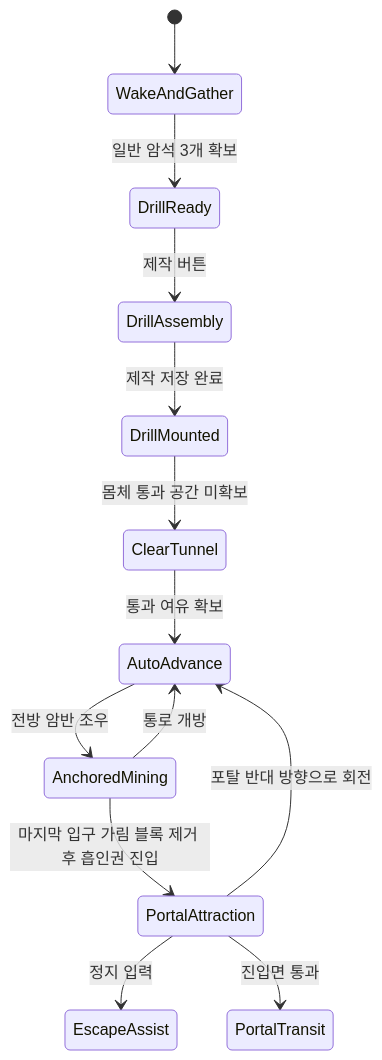
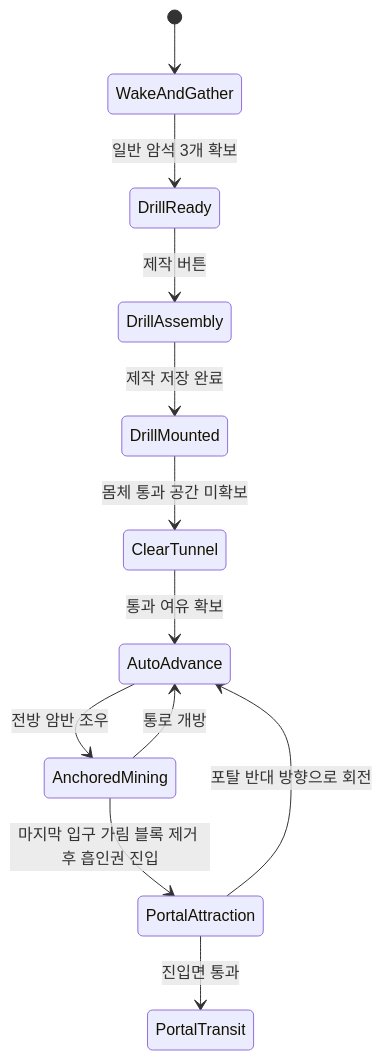
The diagram in docs/dig-4d-intro-implementation-detail-20261125.md (jflakeee/dig), drawn with Mermaid before and after one commit. The commit also changed other lines of this file and 15 other files, not shown here.

````diff
--- a/docs/dig-4d-intro-implementation-detail-20261125.md
+++ b/docs/dig-4d-intro-implementation-detail-20261125.md
@@ -13,15 +13,14 @@
 ```mermaid
 stateDiagram-v2
   [*] --> WakeAndGather
   WakeAndGather --> DrillReady: 일반 암석 3개 확보
   DrillReady --> DrillAssembly: 제작 버튼
   DrillAssembly --> DrillMounted: 제작 저장 완료
   DrillMounted --> ClearTunnel: 몸체 통과 공간 미확보
   ClearTunnel --> AutoAdvance: 통과 여유 확보
   AutoAdvance --> AnchoredMining: 전방 암반 조우
   AnchoredMining --> AutoAdvance: 통로 개방
   AnchoredMining --> PortalAttraction: 마지막 입구 가림 블록 제거 후 흡인권 진입
-  PortalAttraction --> EscapeAssist: 정지 입력
   PortalAttraction --> AutoAdvance: 포탈 반대 방향으로 회전
   PortalAttraction --> PortalTransit: 진입면 통과
 ```
````
